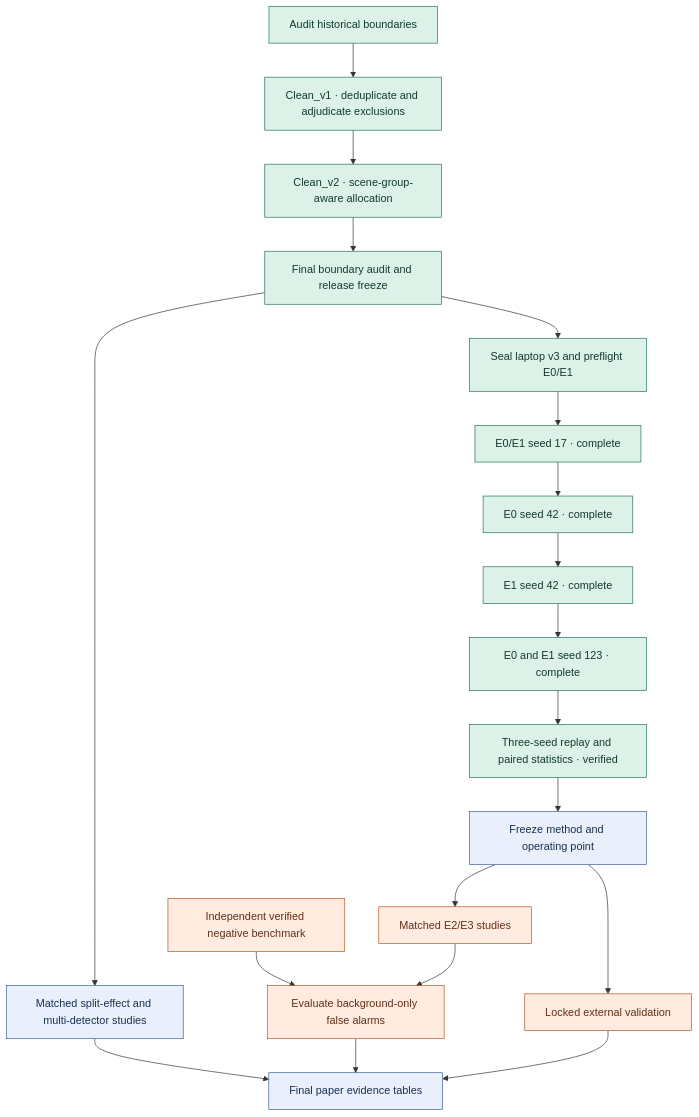
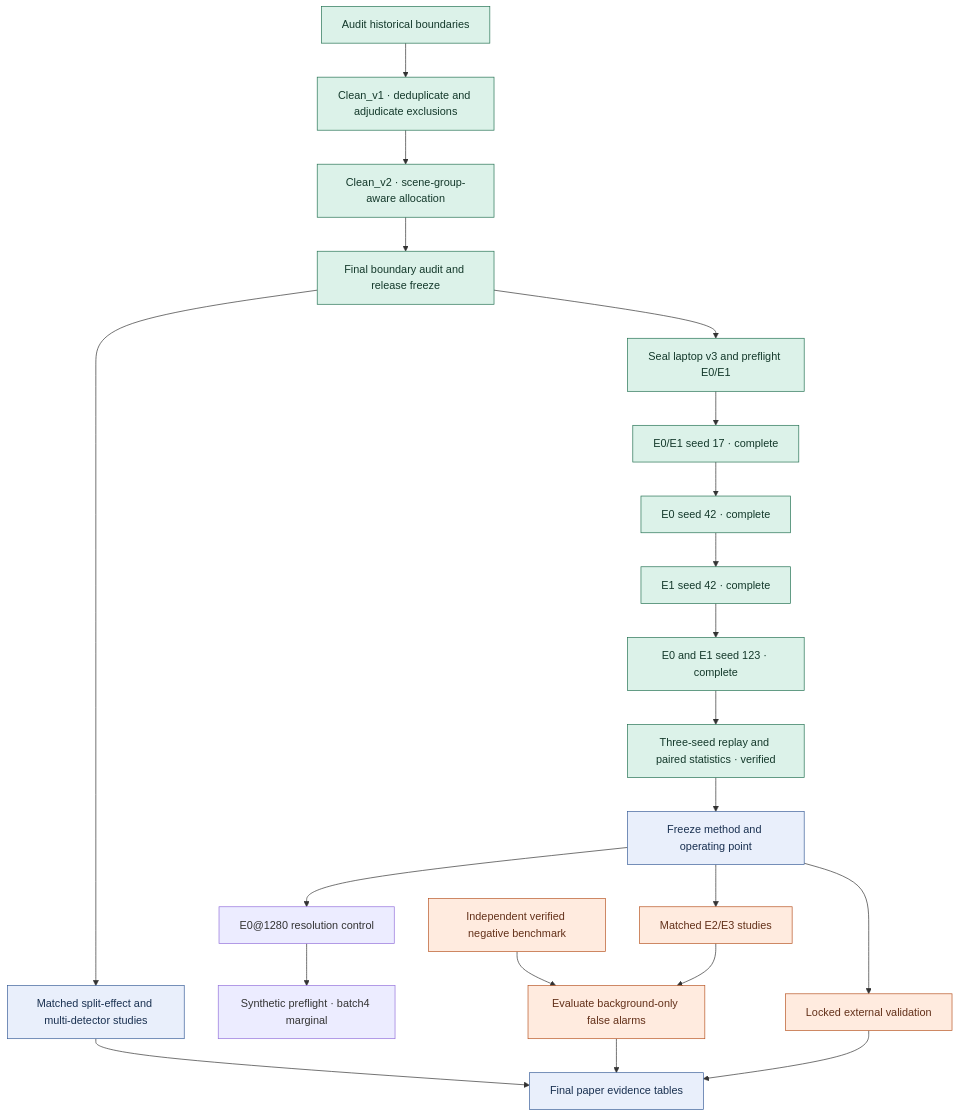
Before and after one commit to bassilarafat/Master_drone_detection: the third of 6 diagrams in docs/RESEARCH_PROGRESS_FLOWCHART.md, drawn with Mermaid. The commit also changed 4 other files, not shown here.

Commit message:
research: add E0 1280 resolution-control preflight

````diff
--- a/docs/RESEARCH_PROGRESS_FLOWCHART.md
+++ b/docs/RESEARCH_PROGRESS_FLOWCHART.md
@@ -56,28 +56,30 @@
 ```mermaid
 flowchart TD
     Audit["Audit historical boundaries"] --> V1["Clean_v1 · deduplicate and adjudicate exclusions"]
     V1 --> V2["Clean_v2 · scene-group-aware allocation"]
     V2 --> Gate["Final boundary audit and release freeze"]
     Gate --> Lock["Seal laptop v3 and preflight E0/E1"]
     Lock --> Pair17["E0/E1 seed 17 · complete"]
     Pair17 --> Bas42["E0 seed 42 · complete"] --> Plus42["E1 seed 42 · complete"]
     Plus42 --> Both123["E0 and E1 seed 123 · complete"]
     Both123 --> Stats["Three-seed replay and paired statistics · verified"]
     Stats --> Freeze["Freeze method and operating point"]
     Freeze --> Rand["Matched E2/E3 studies"]
     Freeze --> Out["Locked external validation"]
+    Freeze --> R1280["E0@1280 resolution control"]
+    R1280 --> R1280pre["Synthetic preflight · batch4 marginal"]
     Nset["Independent verified negative benchmark"] --> Nscore["Evaluate background-only false alarms"]
     Rand --> Nscore
     Gate --> Matched["Matched split-effect and multi-detector studies"]
     Matched --> Tables["Final paper evidence tables"]
     Nscore --> Tables
     Out --> Tables
     class Audit,V1,V2,Gate,Lock,Pair17,Bas42,Plus42,Both123,Stats complete
     class Freeze,Matched,Tables pending
     class Rand,Out,Nset,Nscore blocked
     classDef complete fill:#dcf2e9,stroke:#257253,color:#14392b
     classDef pending fill:#e9effb,stroke:#3a5f99,color:#193050
     classDef blocked fill:#ffebdf,stroke:#b85524,color:#633019
     classDef historic fill:#eeeeef,stroke:#727780,color:#32363c
     classDef review fill:#fff4c8,stroke:#967412,color:#493900
 ```
````
